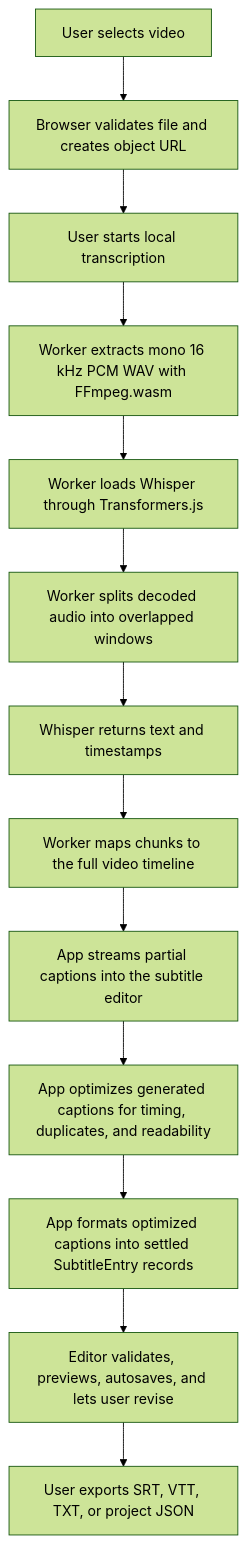
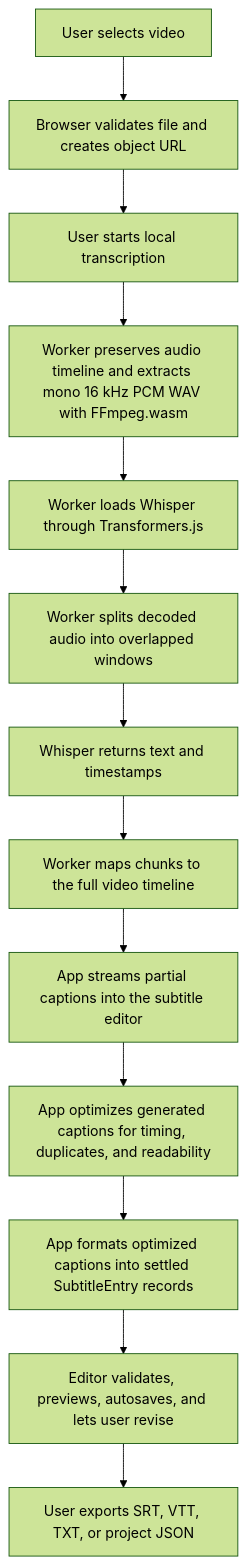
Before and after one commit to zxyandreay/auto-subtitle: diagram 17 of 17 in docs/project-state.md, drawn with Mermaid (forest theme). The commit also changed other lines of this file and 4 other files, not shown here.

````diff
--- a/docs/project-state.md
+++ b/docs/project-state.md
@@ -1276,15 +1281,15 @@
 ```mermaid
 flowchart TD
     A["User selects video"] --> B["Browser validates file and creates object URL"]
     B --> C["User starts local transcription"]
-    C --> D["Worker extracts mono 16 kHz PCM WAV with FFmpeg.wasm"]
+    C --> D["Worker preserves audio timeline and extracts mono 16 kHz PCM WAV with FFmpeg.wasm"]
     D --> E["Worker loads Whisper through Transformers.js"]
     E --> F["Worker splits decoded audio into overlapped windows"]
     F --> G["Whisper returns text and timestamps"]
     G --> H["Worker maps chunks to the full video timeline"]
     H --> P["App streams partial captions into the subtitle editor"]
     P --> I["App optimizes generated captions for timing, duplicates, and readability"]
     I --> L["App formats optimized captions into settled SubtitleEntry records"]
     L --> J["Editor validates, previews, autosaves, and lets user revise"]
     J --> K["User exports SRT, VTT, TXT, or project JSON"]
 ```
````
